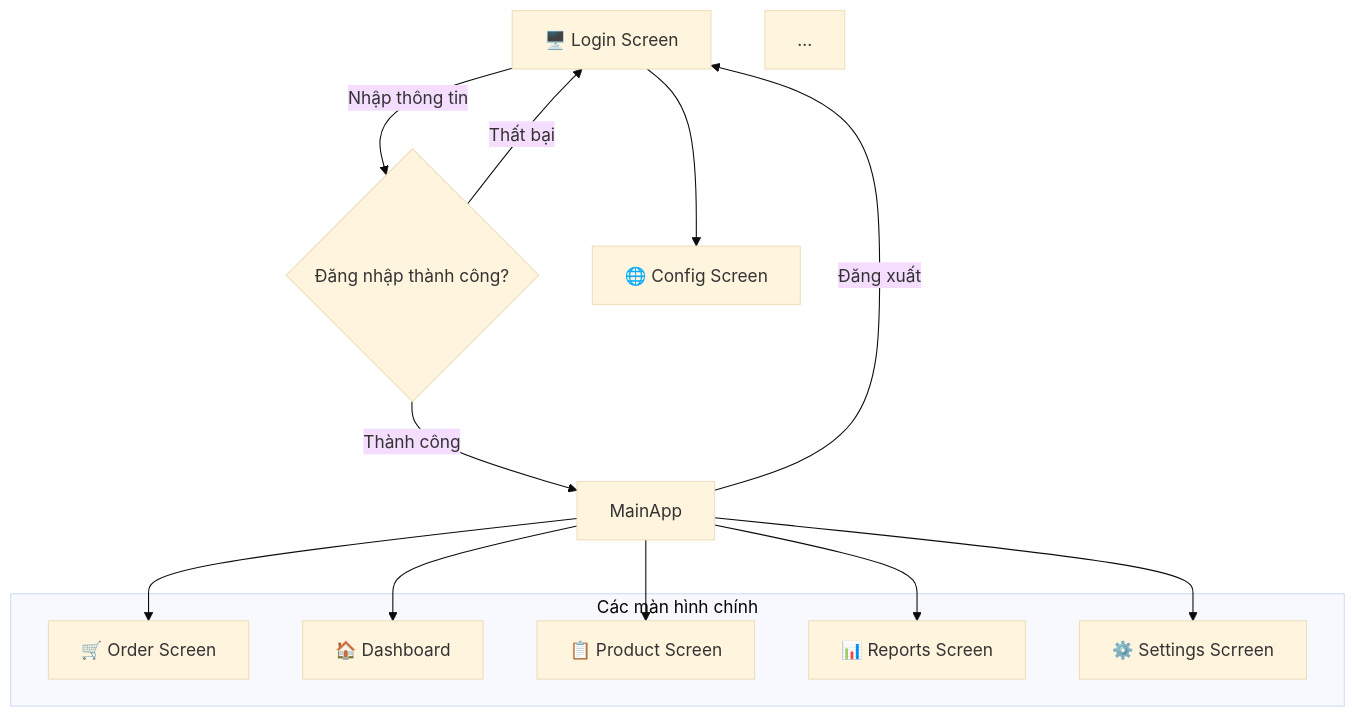
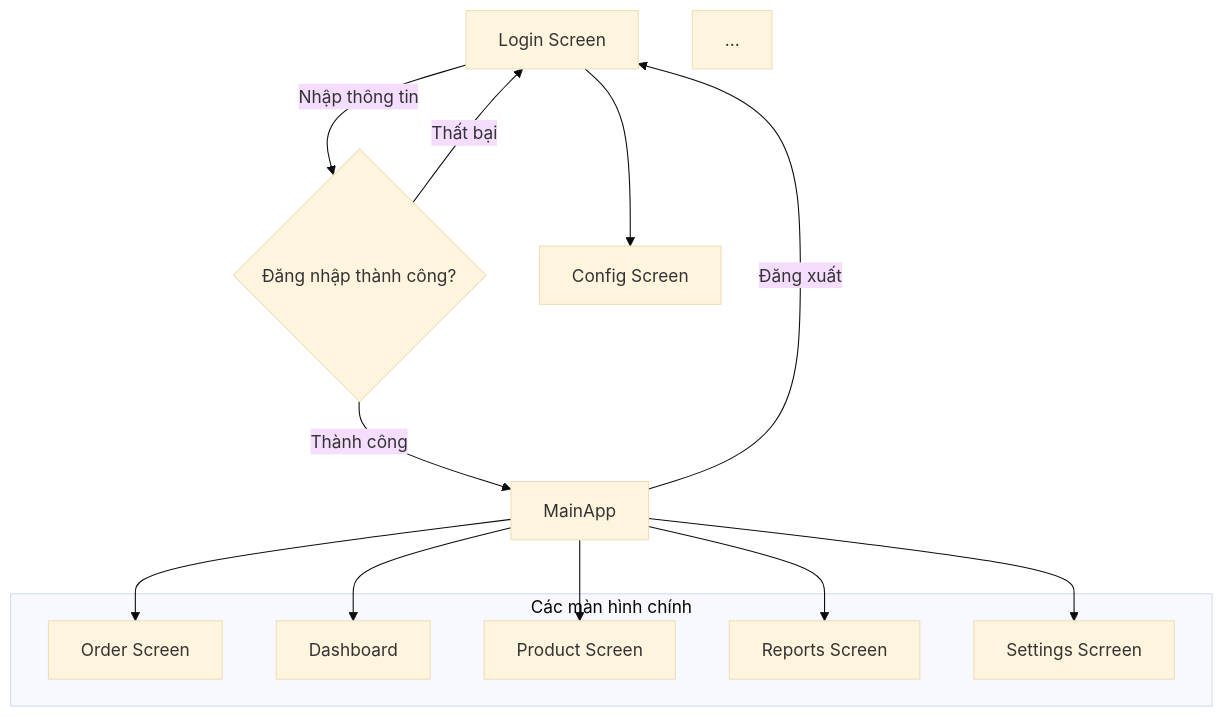
Before and after one commit to tranquocvy/window-shop-docs: the diagram in supplementary_docs/2025-10-26_frontend_team_guideline.md, drawn with Mermaid (base theme). The commit also changed other lines of this file, not shown here.

````diff
--- a/supplementary_docs/2025-10-26_frontend_team_guideline.md
+++ b/supplementary_docs/2025-10-26_frontend_team_guideline.md
@@ -80,24 +80,24 @@
 ```mermaid
 flowchart TD
     %% Các node chính
-    A[🖥️ Login Screen] -->|Nhập thông tin| B{Đăng nhập thành công?}
-    A --> C[🌐 Config Screen]
+    A[Login Screen] -->|Nhập thông tin| B{Đăng nhập thành công?}
+    A --> C[Config Screen]
     B -->|Thành công| D[MainApp]
     B -->|Thất bại| A
     D -->|Đăng xuất| A
 
     subgraph MainScreens [Các màn hình chính]
-        E[🛒 Order Screen]
-        F[🏠 Dashboard]
-        G[📋 Product Screen]
-        H[📊 Reports Screen]
-        I[⚙️ Settings Scrreen]
+        E[Order Screen]
+        F[Dashboard]
+        G[Product Screen]
+        H[Reports Screen]
+        I[Settings Scrreen]
     end
 
     D --> E
     D --> F
     D --> G
     D --> H
     D --> I
 ...
 ```
````
